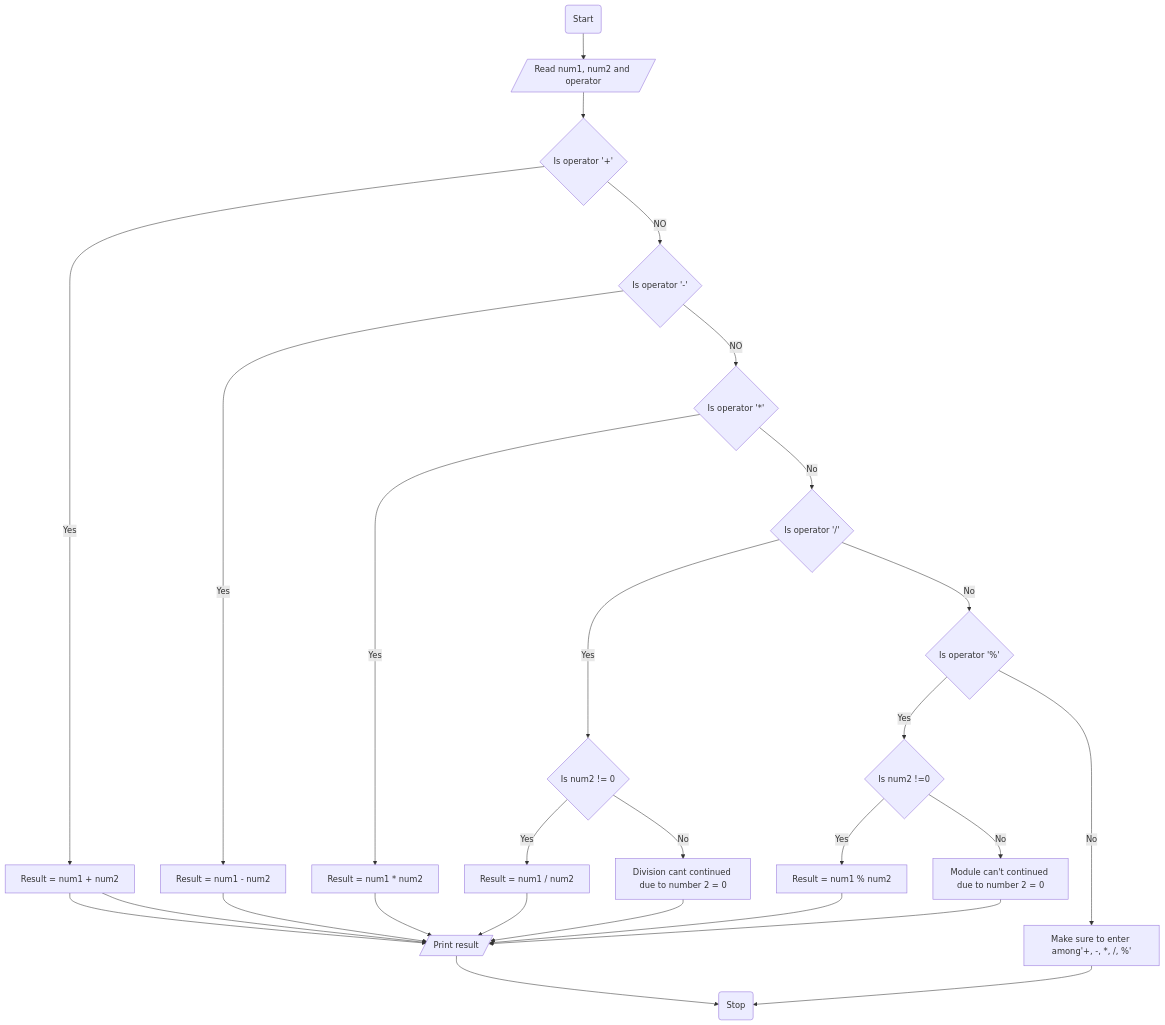
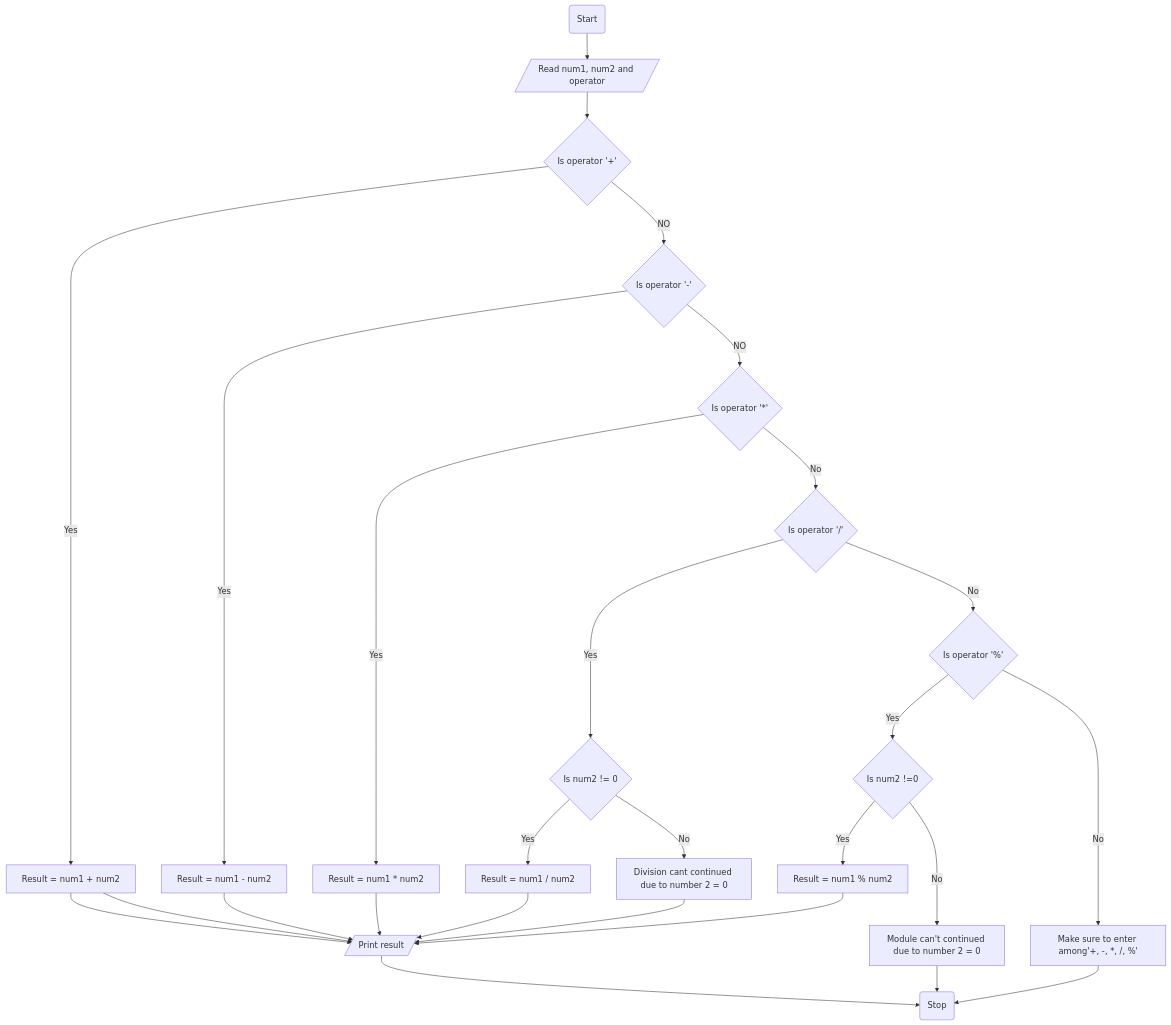
Before and after one commit to SWEG-2015EC-Batch/Code-Warrior: the diagram in ETS1351_15_Yabets_Maregn/simple_calculator/flowchart.md, drawn with Mermaid.

````diff
--- a/ETS1351_15_Yabets_Maregn/simple_calculator/flowchart.md
+++ b/ETS1351_15_Yabets_Maregn/simple_calculator/flowchart.md
@@ -1,29 +1,29 @@
 ```mermaid
 graph TD
 A(Start) --> B[/Read num1, num2 and operator/]
 B --> C{Is operator '+'}
 C -- Yes --> D[Result = num1 + num2]
 C -- NO --> E{Is operator '-'}
 E -- Yes --> F[Result = num1 - num2]
 E -- NO --> G{Is operator '*'}
 G -- Yes --> H[Result = num1 * num2]
 G -- No --> I{Is operator '/'}
 I -- Yes --> J{Is num2 != 0}
 J -- Yes --> K[Result = num1 / num2]
 J -- No --> L[Division cant continued due to number 2 = 0]
 I -- No --> M{Is operator '%'}
 M -- Yes --> N{Is num2 !=0}
 N -- Yes --> O[Result = num1 % num2]
 N -- No --> P[Module can't continued due to number 2 = 0]
 M -- No --> Q[Make sure to enter among'+, -, *, /, %']
 Q --> S(Stop)
 D --> R[/Print result/]
 F --> R[/Print result/]
 D --> R[/Print result/]
 H --> R[/Print result/]
 K --> R[/Print result/]
 L --> R[/Print result/]
 O --> R[/Print result/]
-P --> R[/Print result/]
+P --> S
 R --> S
 ```
````
